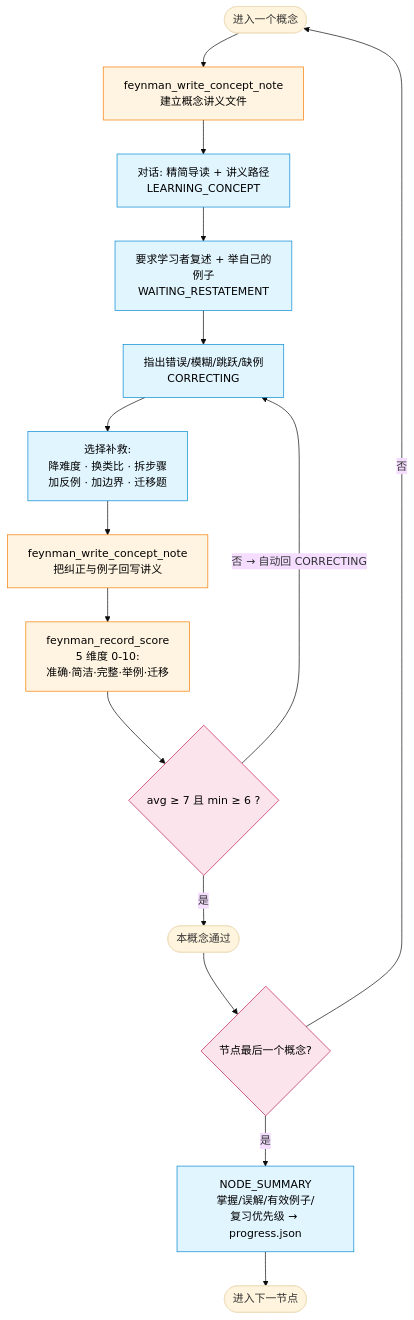
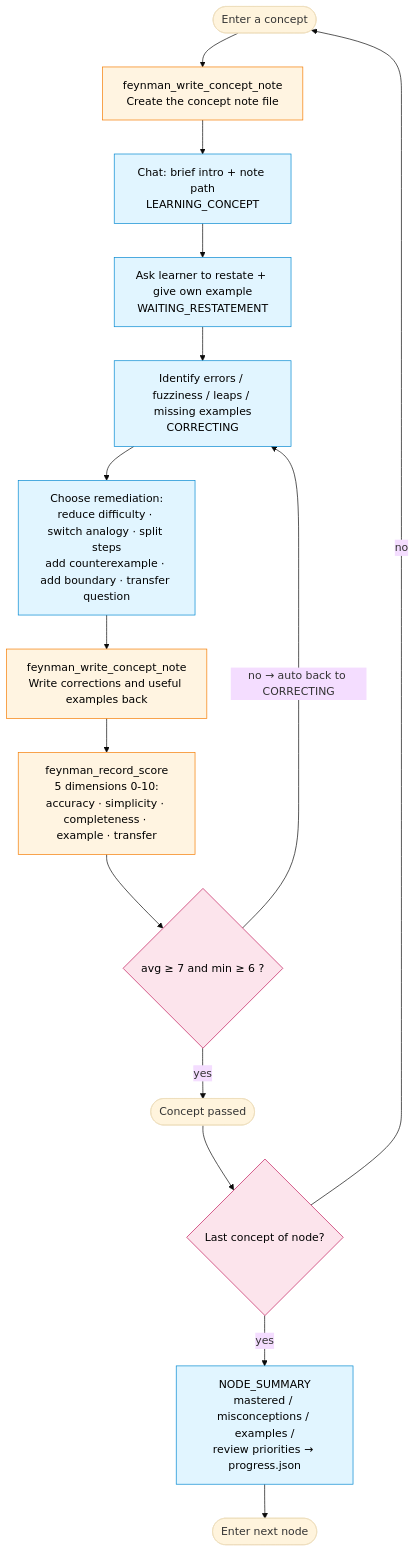
One commit to elowen53/feynman-learning changed the second of 2 diagrams in README.md. Above: the diagram before and after it, drawn with Mermaid (base theme). The commit also changed other lines of this file and 2 other files, not shown here.

First line of the commit message:
Split README into English and Chinese editions

````diff
--- a/README.md
+++ b/README.md
@@ -55,25 +57,25 @@
 ```mermaid
 flowchart TD
-    Begin(["进入一个概念"]) --> N1["feynman_write_concept_note<br/>建立概念讲义文件"]
-    N1 --> Teach["对话: 精简导读 + 讲义路径<br/>LEARNING_CONCEPT"]
-    Teach --> Ask["要求学习者复述 + 举自己的例子<br/>WAITING_RESTATEMENT"]
-    Ask --> Diag["指出错误/模糊/跳跃/缺例<br/>CORRECTING"]
-    Diag --> Remed["选择补救:<br/>降难度 · 换类比 · 拆步骤<br/>加反例 · 加边界 · 迁移题"]
-    Remed --> N2["feynman_write_concept_note<br/>把纠正与例子回写讲义"]
-    N2 --> Score["feynman_record_score<br/>5 维度 0-10:<br/>准确·简洁·完整·举例·迁移"]
-    Score --> Gate{"avg ≥ 7 且 min ≥ 6 ?"}
-    Gate -->|否 → 自动回 CORRECTING| Diag
-    Gate -->|是| Pass(["本概念通过"])
-    Pass --> NodeDone{"节点最后一个概念?"}
-    NodeDone -->|否| Begin
-    NodeDone -->|是| Sum["NODE_SUMMARY<br/>掌握/误解/有效例子/<br/>复习优先级 → progress.json"]
-    Sum --> Next(["进入下一节点"])
+    Begin(["Enter a concept"]) --> N1["feynman_write_concept_note<br/>Create the concept note file"]
+    N1 --> Teach["Chat: brief intro + note path<br/>LEARNING_CONCEPT"]
+    Teach --> Ask["Ask learner to restate + give own example<br/>WAITING_RESTATEMENT"]
+    Ask --> Diag["Identify errors / fuzziness / leaps / missing examples<br/>CORRECTING"]
+    Diag --> Remed["Choose remediation:<br/>reduce difficulty · switch analogy · split steps<br/>add counterexample · add boundary · transfer question"]
+    Remed --> N2["feynman_write_concept_note<br/>Write corrections and useful examples back"]
+    N2 --> Score["feynman_record_score<br/>5 dimensions 0-10:<br/>accuracy · simplicity · completeness · example · transfer"]
+    Score --> Gate{"avg ≥ 7 and min ≥ 6 ?"}
+    Gate -->|no → auto back to CORRECTING| Diag
+    Gate -->|yes| Pass(["Concept passed"])
+    Pass --> NodeDone{"Last concept of node?"}
+    NodeDone -->|no| Begin
+    NodeDone -->|yes| Sum["NODE_SUMMARY<br/>mastered / misconceptions / examples /<br/>review priorities → progress.json"]
+    Sum --> Next(["Enter next node"])
 
     classDef tool fill:#fff4e1,stroke:#f57c00,color:#000
     classDef state fill:#e1f5ff,stroke:#0288d1,color:#000
     classDef gate fill:#fce4ec,stroke:#c2185b,color:#000
 
     class N1,N2,Score tool
     class Teach,Ask,Diag,Remed,Sum state
     class Gate,NodeDone gate
 ```
````
